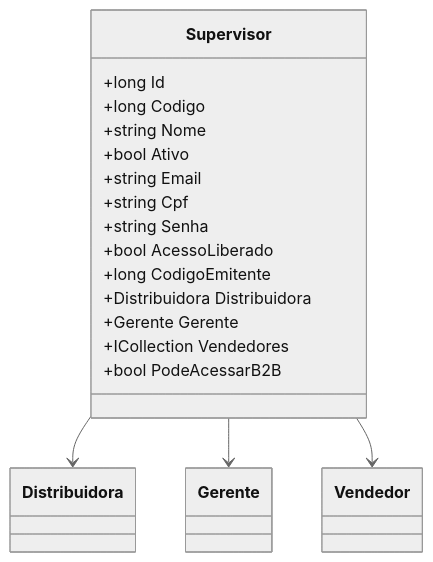
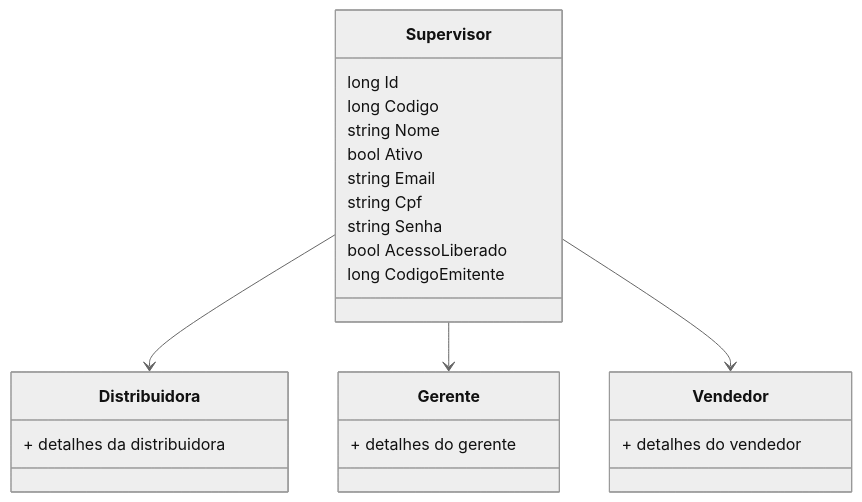
One commit to IsthmusSistemas/documentacao-tecnica changed the second of 2 diagrams in docs/b2b-dominio/IsthmusWinthor.Nucleo/IsthmusWinthor.Dominio/Entidades/Supervisor.md. Above: the diagram before and after it, drawn with Mermaid (neutral theme). The commit also changed other lines of this file and 882 other files, not shown here.

````diff
--- a/docs/b2b-dominio/IsthmusWinthor.Nucleo/IsthmusWinthor.Dominio/Entidades/Supervisor.md
+++ b/docs/b2b-dominio/IsthmusWinthor.Nucleo/IsthmusWinthor.Dominio/Entidades/Supervisor.md
@@ -31,25 +45,30 @@
 ```mermaid
 classDiagram
     class Supervisor {
-        +long Id
-        +long Codigo
-        +string Nome
-        +bool Ativo
-        +string Email
-        +string Cpf
-        +string Senha
-        +bool AcessoLiberado
-        +long CodigoEmitente
-        +Distribuidora Distribuidora
-        +Gerente Gerente
-        +ICollection<Vendedor> Vendedores
-        +bool PodeAcessarB2B
+        long Id
+        long Codigo
+        string Nome
+        bool Ativo
+        string Email
+        string Cpf
+        string Senha
+        bool AcessoLiberado
+        long CodigoEmitente
     }
-    class Distribuidora
-    class Gerente
-    class Vendedor
+
+    class Distribuidora {
+        + detalhes da distribuidora
+    }
+    
+    class Gerente {
+        + detalhes do gerente
+    }
+
+    class Vendedor {
+        + detalhes do vendedor
+    }
 
     Supervisor --> Distribuidora
     Supervisor --> Gerente
     Supervisor --> Vendedor
-```
+``` 
````
